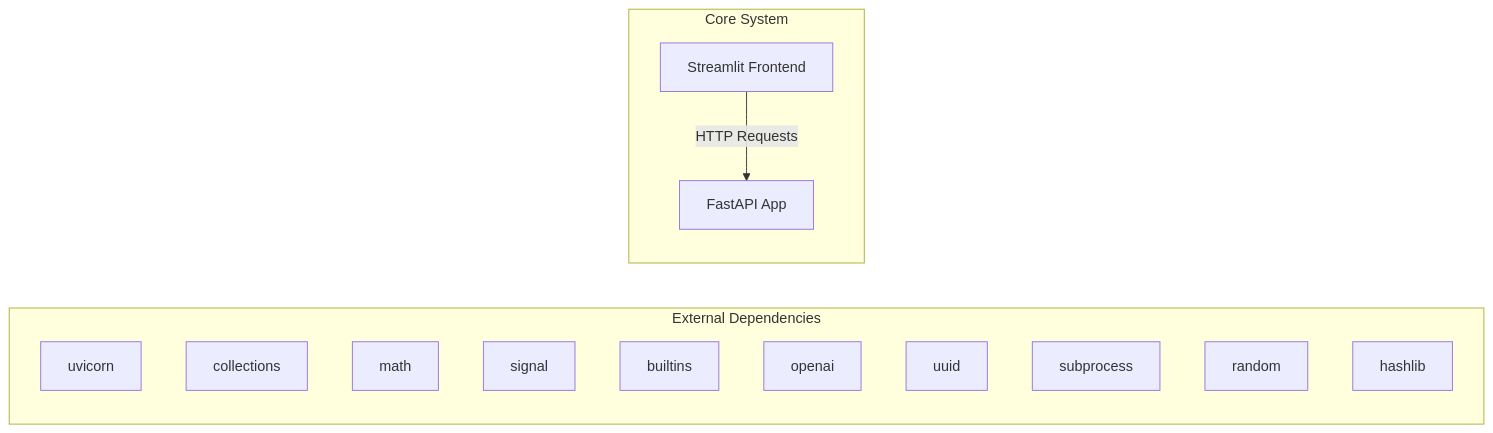
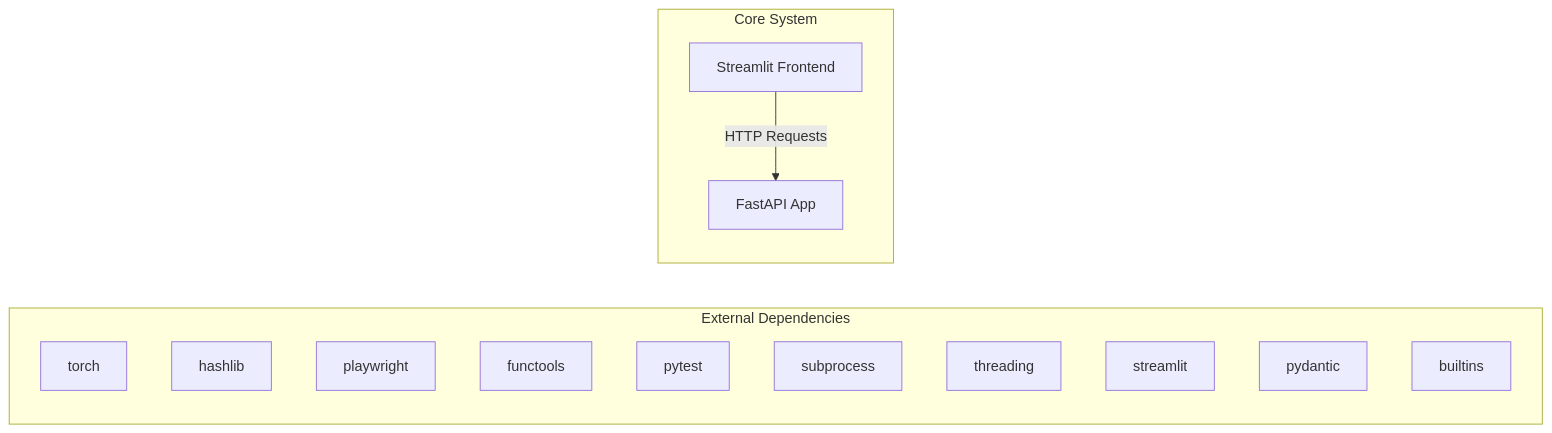
Before and after one commit to NITISH-R-G/rag-context-optimizer: the first of 2 diagrams in docs/architecture.md, drawn with Mermaid. The commit also changed 1 other file, not shown here.

Commit message:
docs: auto-update repository knowledge, architecture diagrams, and documentation

````diff
--- a/docs/architecture.md
+++ b/docs/architecture.md
@@ -7,20 +7,20 @@
 ```mermaid
 graph LR
     subgraph External Dependencies
-        E0["uvicorn"]
-        E1["collections"]
-        E2["math"]
-        E3["signal"]
-        E4["builtins"]
-        E5["openai"]
-        E6["uuid"]
-        E7["subprocess"]
-        E8["random"]
-        E9["hashlib"]
+        E0["torch"]
+        E1["hashlib"]
+        E2["playwright"]
+        E3["functools"]
+        E4["pytest"]
+        E5["subprocess"]
+        E6["threading"]
+        E7["streamlit"]
+        E8["pydantic"]
+        E9["builtins"]
     end
     subgraph Core System
         API["FastAPI App"]
         UI["Streamlit Frontend"]
     end
     UI -->|HTTP Requests| API
 ```
````
